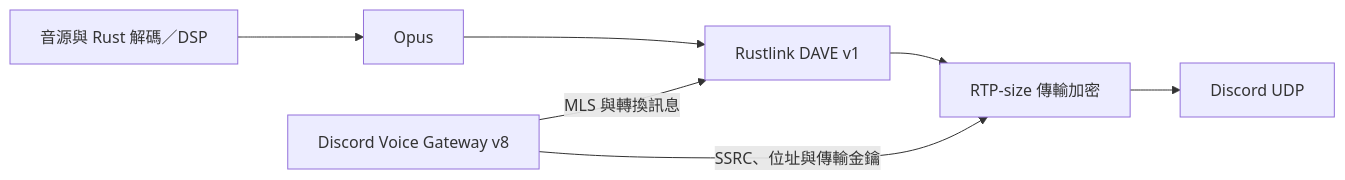
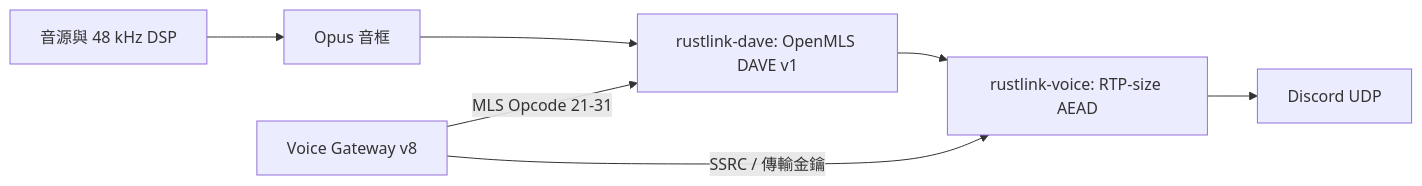
Before and after one commit to nka551774-hue/rust-link: the diagram in docs/voice.md, drawn with Mermaid. The commit also changed other lines of this file and 122 other files, not shown here.

````diff
--- a/docs/voice.md
+++ b/docs/voice.md
@@ -5,9 +5,9 @@
 ```mermaid
 flowchart LR
-  A[音源與 Rust 解碼／DSP] --> B[Opus]
-  B --> C[Rustlink DAVE v1]
-  C --> D[RTP-size 傳輸加密]
-  D --> E[Discord UDP]
-  F[Discord Voice Gateway v8] -->|MLS 與轉換訊息| C
-  F -->|SSRC、位址與傳輸金鑰| D
+  A["音源與 48 kHz DSP"] --> B["Opus 音框"]
+  B --> C["rustlink-dave: OpenMLS DAVE v1"]
+  C --> D["rustlink-voice: RTP-size AEAD"]
+  D --> E["Discord UDP"]
+  F["Voice Gateway v8"] -->|MLS Opcode 21-31| C
+  F -->|SSRC / 傳輸金鑰| D
 ```
````
